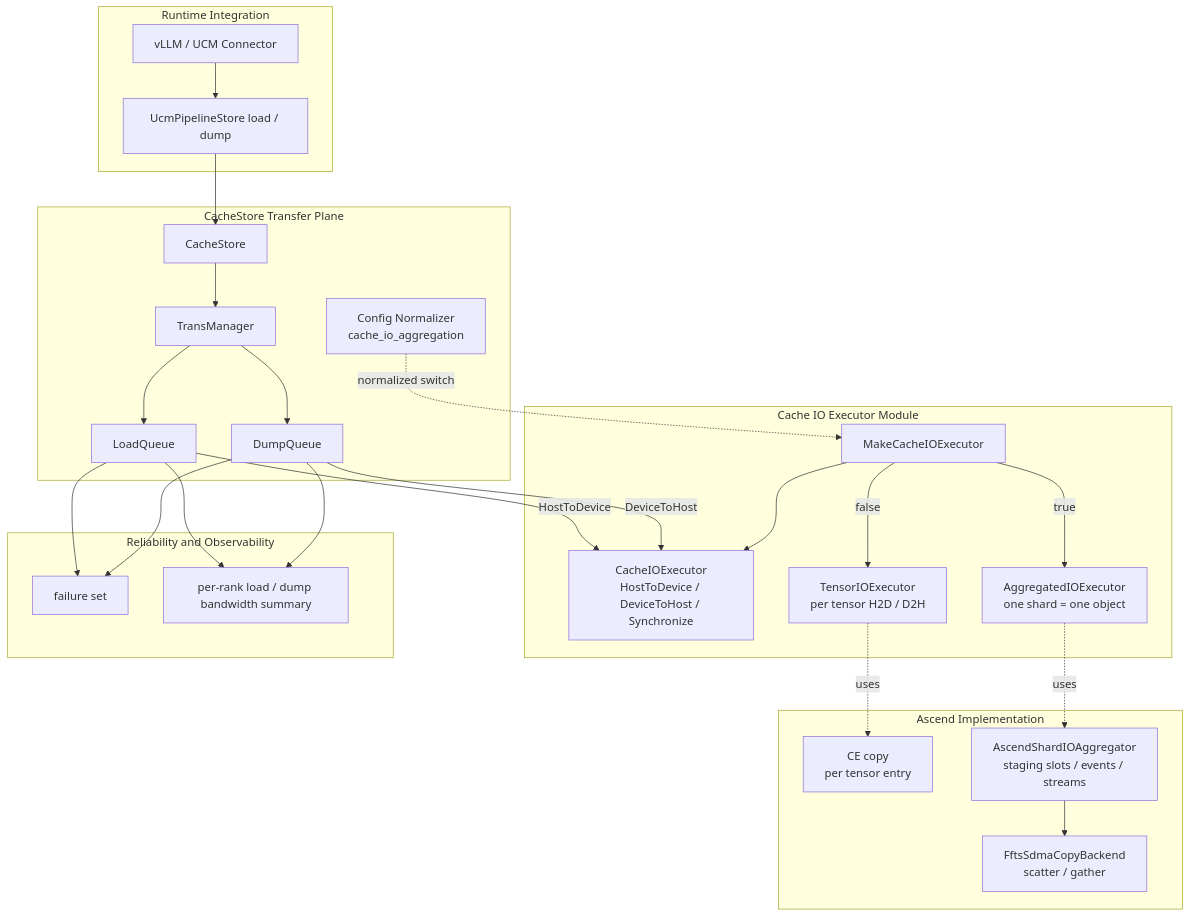
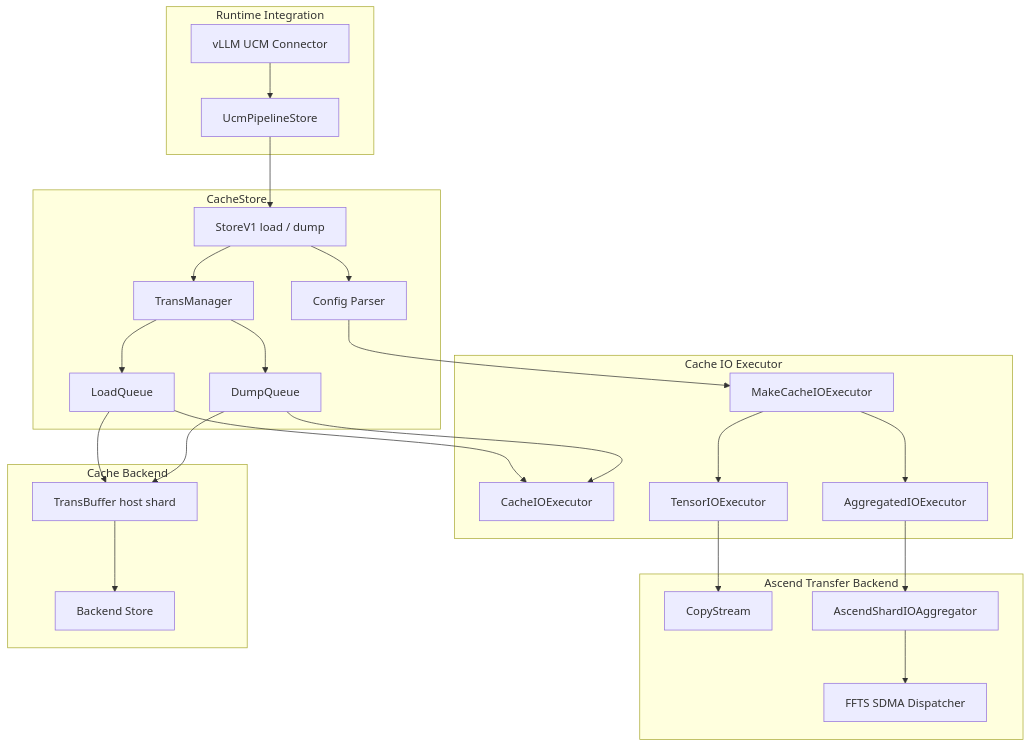
The diagram in docs/ucm_cache_io_aggregation_design.md (NaganooMei/unified-cache-management), drawn with Mermaid before and after one commit. The commit also changed other lines of this file, not shown here.

Commit message:
Rewrite Cache IO aggregation design doc

````diff
--- a/docs/ucm_cache_io_aggregation_design.md
+++ b/docs/ucm_cache_io_aggregation_design.md
@@ -55,53 +44,53 @@
 ```mermaid
 flowchart TB
-    subgraph CLIENT["Runtime Integration"]
-        Connector["vLLM / UCM Connector"]
-        StoreAPI["UcmPipelineStore load / dump"]
+    subgraph Integration["Runtime Integration"]
+        VllmConnector["vLLM UCM Connector"]
+        StoreApi["UcmPipelineStore"]
     end
 
-    subgraph CACHE["CacheStore Transfer Plane"]
-        CacheStore["CacheStore"]
+    subgraph CacheStore["CacheStore"]
+        Api["StoreV1 load / dump"]
+        Config["Config Parser"]
         TransManager["TransManager"]
         LoadQueue["LoadQueue"]
         DumpQueue["DumpQueue"]
-        Config["Config Normalizer<br/>cache_io_aggregation"]
     end
 
-    subgraph IOEXEC["Cache IO Executor Module"]
+    subgraph Executor["Cache IO Executor"]
         Factory["MakeCacheIOExecutor"]
-        Interface["CacheIOExecutor<br/>HostToDevice / DeviceToHost / Synchronize"]
-        TensorExec["TensorIOExecutor<br/>per tensor H2D / D2H"]
-        AggregatedExec["AggregatedIOExecutor<br/>one shard = one object"]
+        Interface["CacheIOExecutor"]
+        TensorExecutor["TensorIOExecutor"]
+        AggregatedExecutor["AggregatedIOExecutor"]
     end
 
-    subgraph ASCEND["Ascend Implementation"]
-        TensorCopy["CE copy<br/>per tensor entry"]
-        ShardAggregator["AscendShardIOAggregator<br/>staging slots / events / streams"]
-        FftsBackend["FftsSdmaCopyBackend<br/>scatter / gather"]
+    subgraph Ascend["Ascend Transfer Backend"]
+        CopyStream["CopyStream"]
+        Aggregator["AscendShardIOAggregator"]
+        FftsDispatcher["FFTS SDMA Dispatcher"]
     end
 
-    subgraph OPS["Reliability and Observability"]
-        Failure["failure set"]
-        Summary["per-rank load / dump bandwidth summary"]
+    subgraph Backend["Cache Backend"]
+        HostBuffer["TransBuffer host shard"]
+        BackendStore["Backend Store"]
     end
 
-    Connector --> StoreAPI --> CacheStore --> TransManager
+    VllmConnector --> StoreApi
+    StoreApi --> Api
+    Api --> Config
+    Api --> TransManager
     TransManager --> LoadQueue
     TransManager --> DumpQueue
-    Config -. normalized switch .-> Factory
 
-    LoadQueue -->|"HostToDevice"| Interface
-    DumpQueue -->|"DeviceToHost"| Interface
-    Factory --> Interface
-    Factory -->|"false"| TensorExec
-    Factory -->|"true"| AggregatedExec
+    Config --> Factory
+    LoadQueue --> Interface
+    DumpQueue --> Interface
+    Factory --> TensorExecutor
+    Factory --> AggregatedExecutor
+    TensorExecutor --> CopyStream
+    AggregatedExecutor --> Aggregator
+    Aggregator --> FftsDispatcher
 
-    TensorExec -. uses .-> TensorCopy
-    AggregatedExec -. uses .-> ShardAggregator
-    ShardAggregator --> FftsBackend
-
-    LoadQueue --> Failure
-    DumpQueue --> Failure
-    LoadQueue --> Summary
-    DumpQueue --> Summary
+    LoadQueue --> HostBuffer
+    DumpQueue --> HostBuffer
+    HostBuffer --> BackendStore
 ```
````
